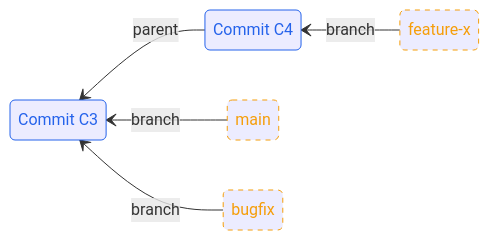
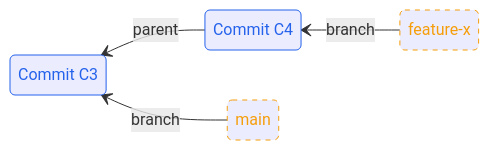
Before and after one commit to lizsalmon/iCSC-Git-talk: the fourth of 12 diagrams in slides.md, drawn with Mermaid. The commit also changed other lines of this file and 9 other files, not shown here.

````diff
--- a/slides.md
+++ b/slides.md
@@ -216,26 +244,24 @@
 ```mermaid
 stateDiagram-v2
   direction RL
 
   state "Commit C3" as C3
   state "Commit C4" as C4
 
   state "main" as main
   state "feature-x" as fx
-  state "bugfix" as bf
 
   C4 --> C3 : parent
 
   %% Branch pointers (dashed, colored)
   main --> C3 : branch
-  bf --> C3 : branch
   fx --> C4 : branch
 
   %% Styling
-  class main,fx,bf branch
+  class main,fx branch
   class C4,C3 parent
 
   classDef branch stroke:#f59e0b,stroke-dasharray: 5 5,color:#f59e0b
   classDef parent stroke:#2563eb,color:#2563eb
 
 ```
````
